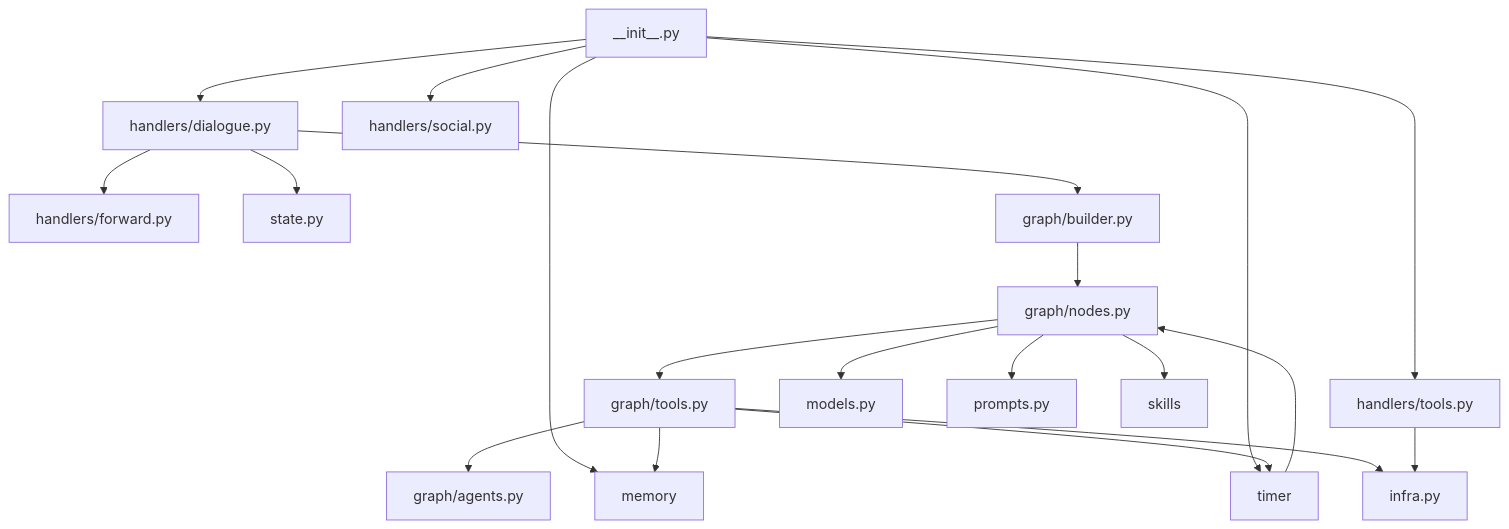
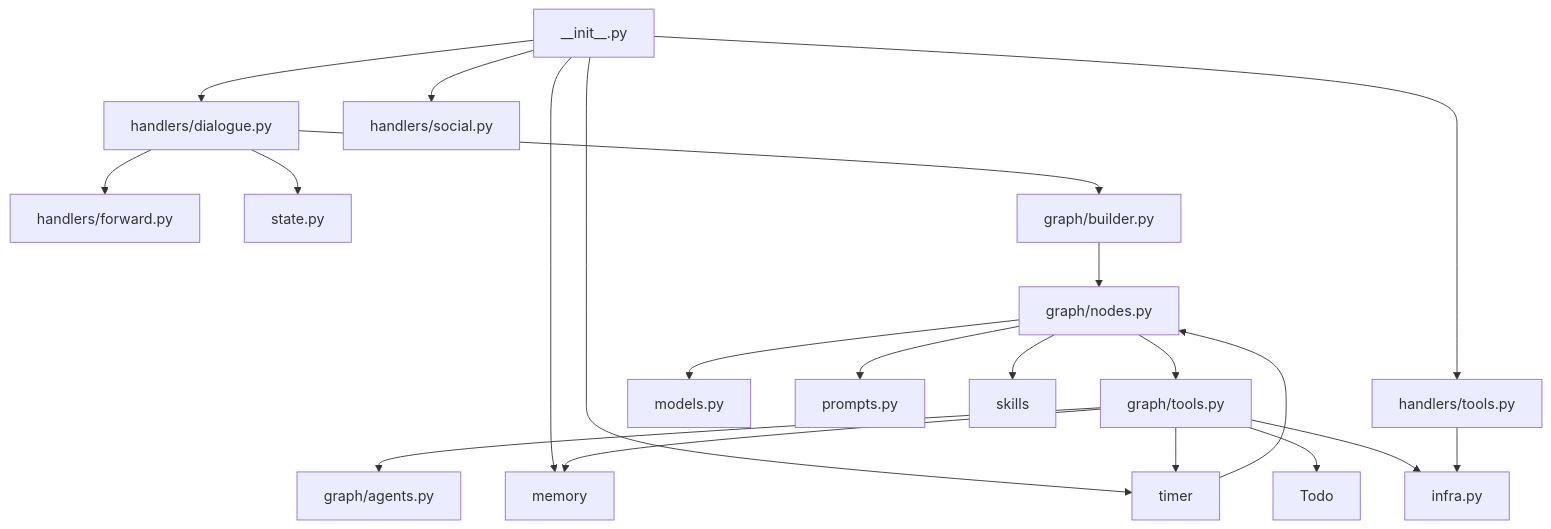
One commit to ATreep/hatsume-qq-bot changed the tenth of 10 diagrams in docs/arch.md. Above: the diagram before and after it, drawn with Mermaid. The commit also changed other lines of this file and 17 other files, not shown here.

```diff
--- a/docs/arch.md
+++ b/docs/arch.md
@@ -572,22 +586,23 @@
 ~~~mermaid
 flowchart TD
     Entry[__init__.py] --> Dialogue[handlers/dialogue.py]
     Entry --> Commands[handlers/tools.py]
     Entry --> Social[handlers/social.py]
     Entry --> Memory[memory]
     Entry --> Timer[timer]
     Dialogue --> Forward[handlers/forward.py]
     Dialogue --> State[state.py]
     Dialogue --> Builder[graph/builder.py]
     Builder --> Nodes[graph/nodes.py]
     Nodes --> Tools[graph/tools.py]
     Nodes --> Models[models.py]
     Nodes --> Prompts[prompts.py]
     Nodes --> Skills[skills]
     Tools --> Agents[graph/agents.py]
     Tools --> Memory
     Tools --> Timer
+    Tools --> Todo
     Tools --> Infra[infra.py]
     Timer --> Nodes
     Commands --> Infra
 ~~~
```
